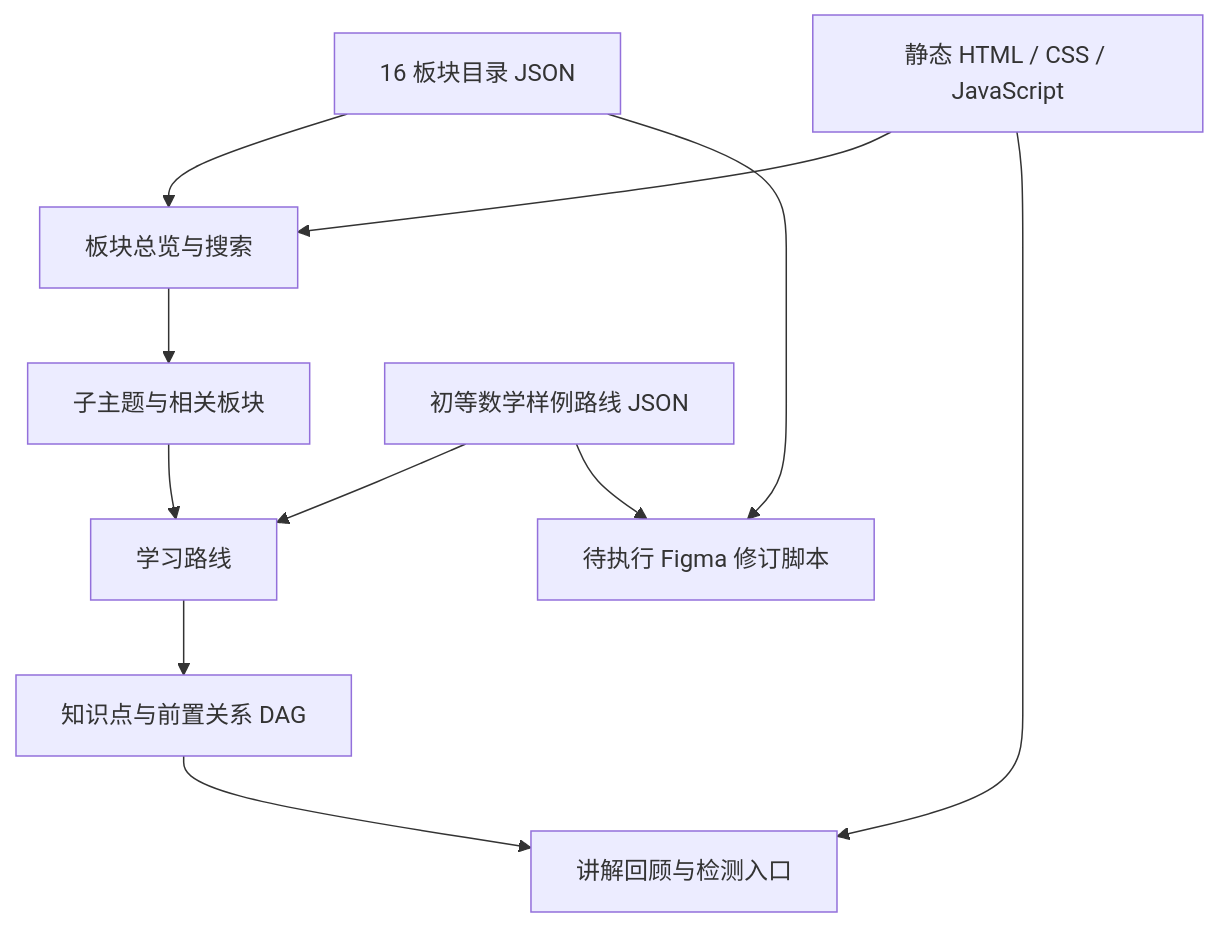
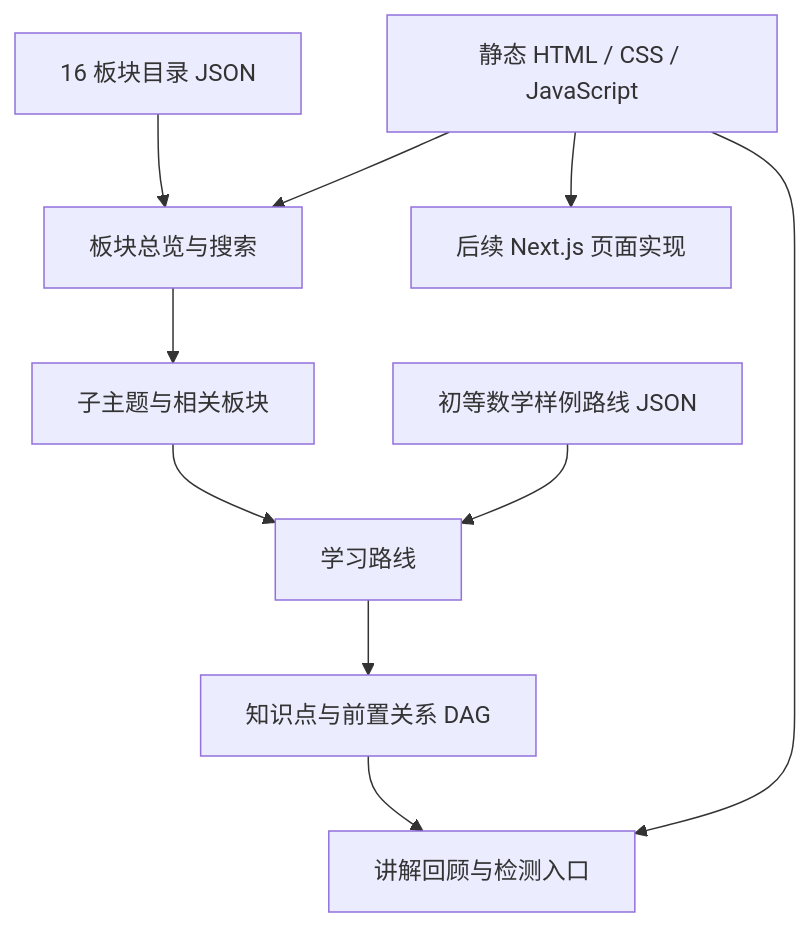
The diagram in design/README.md (yyl1212/math_master), drawn with Mermaid before and after one commit. The commit also changed other lines of this file and 4 other files, not shown here.

Commit message:
docs: 制定首版开发路线图与内容底座执行计划

````diff
--- a/design/README.md
+++ b/design/README.md
@@ -17,13 +17,12 @@
 ```mermaid
 flowchart TD
     Catalogue[16 板块目录 JSON] --> Overview[板块总览与搜索]
     Overview --> Topics[子主题与相关板块]
     Topics --> Route[学习路线]
     Sample[初等数学样例路线 JSON] --> Route
     Route --> Points[知识点与前置关系 DAG]
     Points --> Review[讲解回顾与检测入口]
     Preview[静态 HTML / CSS / JavaScript] --> Overview
     Preview --> Review
-    Catalogue --> Figma[待执行 Figma 修订脚本]
-    Sample --> Figma
+    Preview --> Production[后续 Next.js 页面实现]
 ```
````
